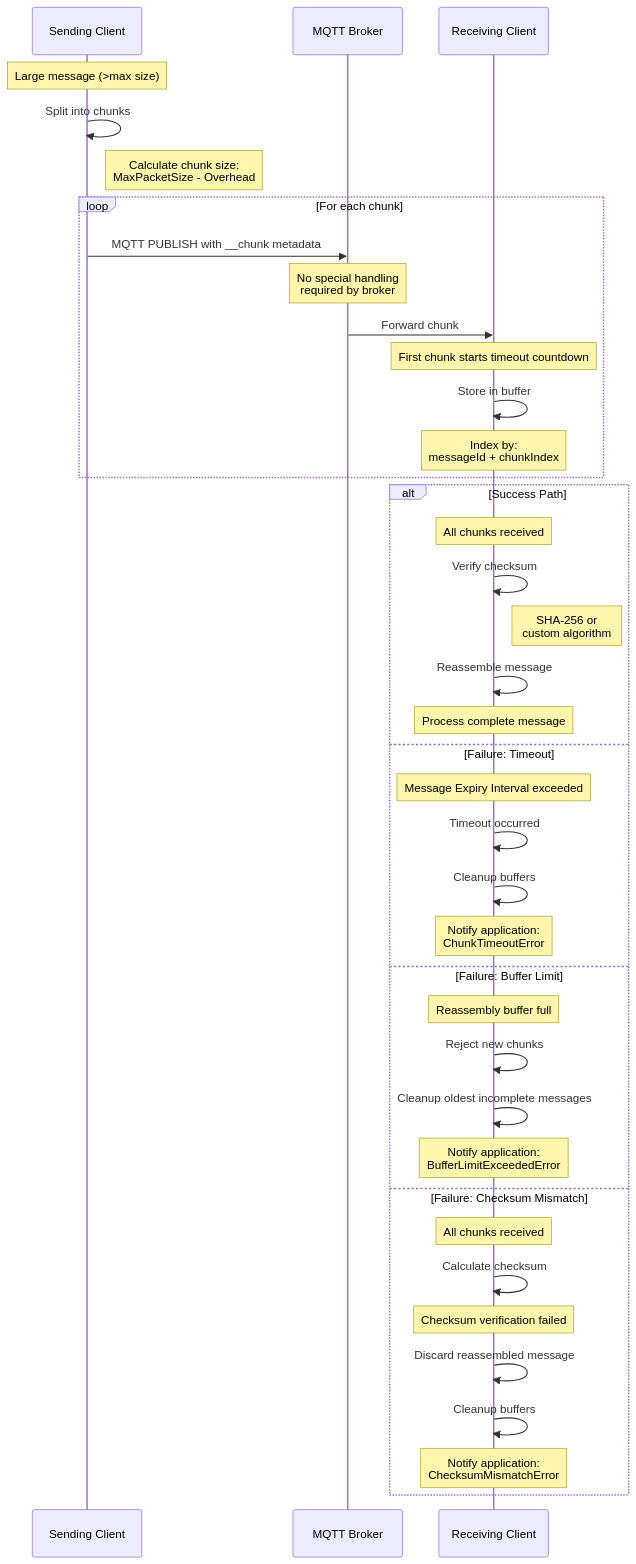
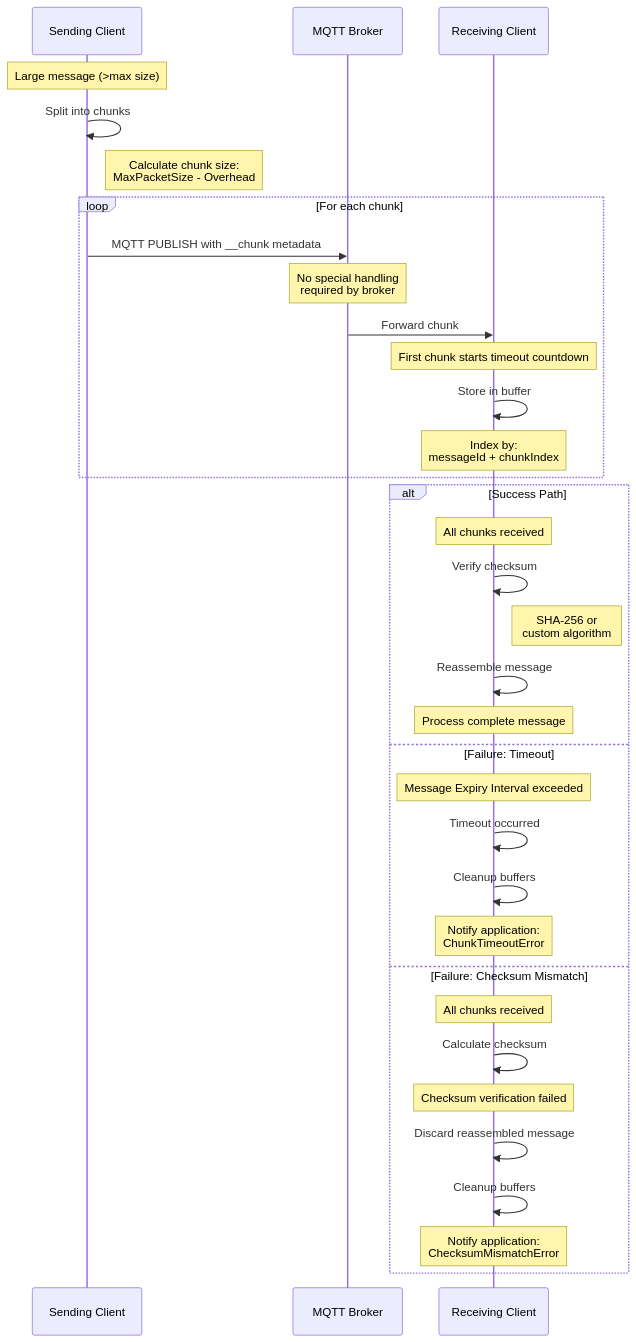
The diagram in doc/dev/adr/0020-large-message-chunking.md (Azure/iot-operations-sdks), drawn with Mermaid before and after one commit. The commit also changed other lines of this file, not shown here.

````diff
--- a/doc/dev/adr/0020-large-message-chunking.md
+++ b/doc/dev/adr/0020-large-message-chunking.md
@@ -97,44 +87,39 @@
 ```mermaid
 sequenceDiagram
     participant Sender as Sending Client
     participant Broker as MQTT Broker
     participant Receiver as Receiving Client
 
     Note over Sender: Large message (>max size)
     Sender->>Sender: Split into chunks
     Note right of Sender: Calculate chunk size:<br/>MaxPacketSize - Overhead
 
     loop For each chunk
         Sender->>Broker: MQTT PUBLISH with __chunk metadata
         Note over Broker: No special handling<br/>required by broker
         Broker->>Receiver: Forward chunk
         Note over Receiver: First chunk starts timeout countdown
         Receiver->>Receiver: Store in buffer
         Note over Receiver: Index by:<br/>messageId + chunkIndex
     end
 
     alt Success Path
         Note over Receiver: All chunks received
         Receiver->>Receiver: Verify checksum
         Note right of Receiver: SHA-256 or<br/>custom algorithm
         Receiver->>Receiver: Reassemble message
         Note over Receiver: Process complete message
     else Failure: Timeout
         Note over Receiver: Message Expiry Interval exceeded
         Receiver->>Receiver: Timeout occurred
         Receiver->>Receiver: Cleanup buffers
         Note over Receiver: Notify application:<br/>ChunkTimeoutError
-    else Failure: Buffer Limit
-        Note over Receiver: Reassembly buffer full
-        Receiver->>Receiver: Reject new chunks
-        Receiver->>Receiver: Cleanup oldest incomplete messages
-        Note over Receiver: Notify application:<br/>BufferLimitExceededError
     else Failure: Checksum Mismatch
         Note over Receiver: All chunks received
         Receiver->>Receiver: Calculate checksum
         Note over Receiver: Checksum verification failed
         Receiver->>Receiver: Discard reassembled message
         Receiver->>Receiver: Cleanup buffers
         Note over Receiver: Notify application:<br/>ChecksumMismatchError
     end
 ```
````
